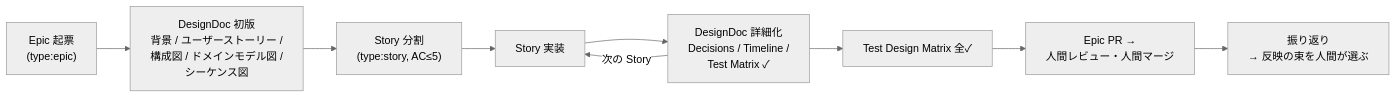
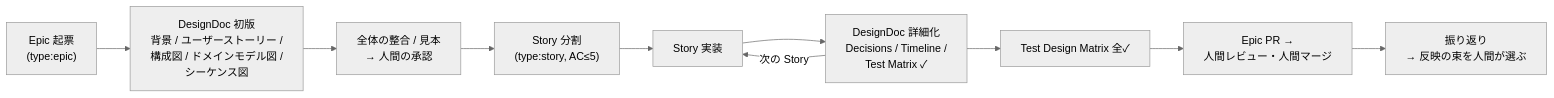
The second of 2 diagrams in docs/WORKFLOW.md (etoyama/insight-blueprint-skills), drawn with Mermaid (neutral theme) before and after one commit. The commit also changed 2 other files, not shown here.

Commit message:
docs(flow): FLOW-0005 を写したときに漏れた図の節と例の行を足す (Refs #207) (#225)
上流（repo-template）にあって、このリポジトリに無かった2か所。
- docs/WORKFLOW.md §4 の図の「全体の整合 / 見本 → 人間の承認」
- DesignDoc のテンプレートの Story Timeline の「初版: 見本を省いた」の例

手順の本文は前から書いてあり、振る舞いは変えない。

````diff
--- a/docs/WORKFLOW.md
+++ b/docs/WORKFLOW.md
@@ -68,11 +68,12 @@
 ```mermaid
 flowchart LR
     A["Epic 起票<br/>(type:epic)"] --> B["DesignDoc 初版<br/>背景 / ユーザーストーリー /<br/>構成図 / ドメインモデル図 /<br/>シーケンス図"]
-    B --> C["Story 分割<br/>(type:story, AC≤5)"]
+    B --> B2["全体の整合 / 見本<br/>→ 人間の承認"]
+    B2 --> C["Story 分割<br/>(type:story, AC≤5)"]
     C --> D["Story 実装"]
     D --> E["DesignDoc 詳細化<br/>Decisions / Timeline /<br/>Test Matrix ✓"]
     E -->|次の Story| D
     E --> F["Test Design Matrix 全✓"]
     F --> G["Epic PR →<br/>人間レビュー・人間マージ"]
     G --> H["振り返り<br/>→ 反映の束を人間が選ぶ"]
 ```
````
